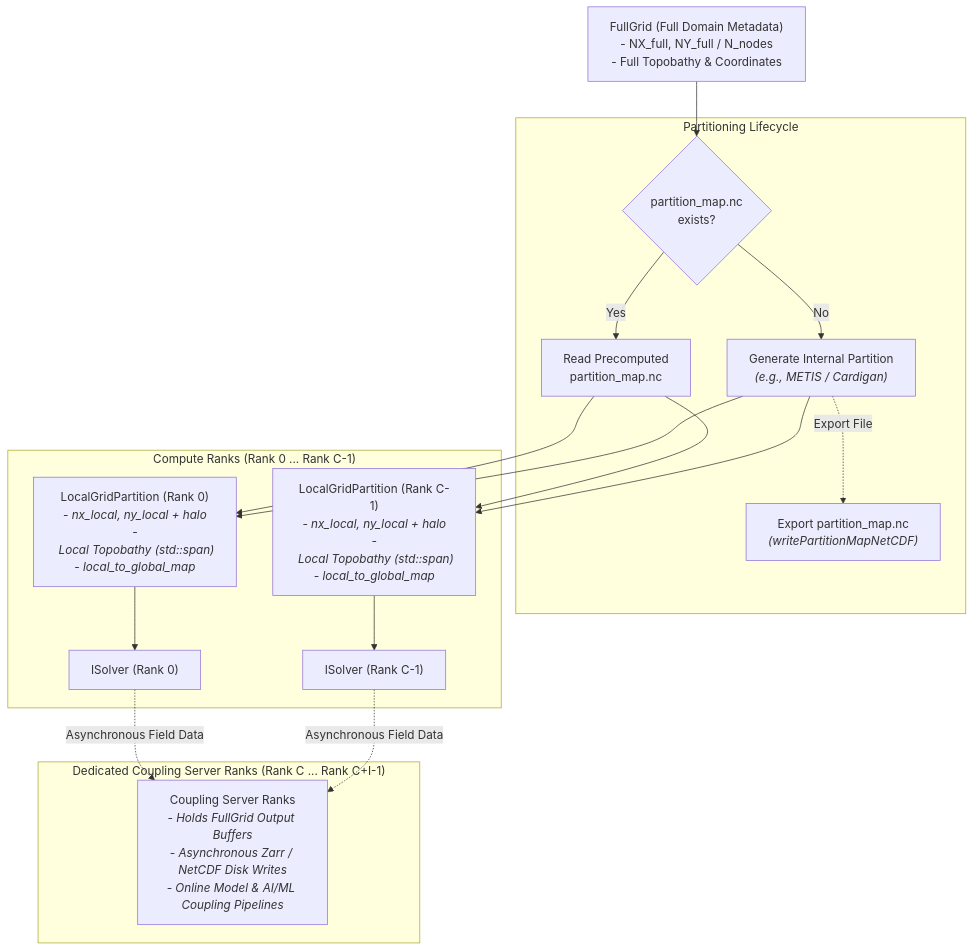
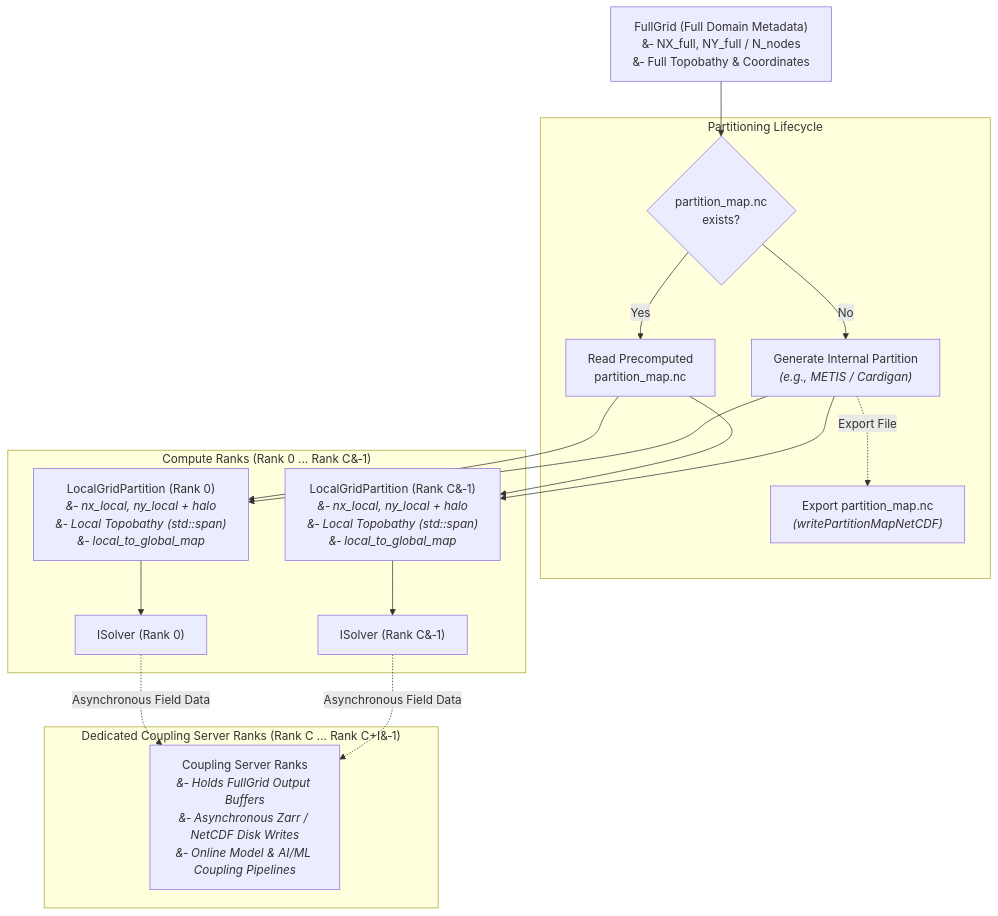
Before and after one commit to HendrikTolman-NOAA/WW4_HLT: the third of 3 diagrams in ASSESSMENT.md, drawn with Mermaid.

Commit message:
docs: use non-breaking hyphens &#8209; in C-1 and lists in assessment Mermaid diagram

````diff
--- a/ASSESSMENT.md
+++ b/ASSESSMENT.md
@@ -208,40 +208,40 @@
 ```mermaid
 graph TD
-    FG["FullGrid&nbsp;(Full&nbsp;Domain&nbsp;Metadata)<br/>-&nbsp;NX_full,&nbsp;NY_full&nbsp;/&nbsp;N_nodes<br/>-&nbsp;Full&nbsp;Topobathy&nbsp;&&nbsp;Coordinates"]
+    FG["FullGrid&nbsp;(Full&nbsp;Domain&nbsp;Metadata)<br/>&#8209;&nbsp;NX_full,&nbsp;NY_full&nbsp;/&nbsp;N_nodes<br/>&#8209;&nbsp;Full&nbsp;Topobathy&nbsp;&&nbsp;Coordinates"]
 
     subgraph PartMap ["Partitioning Lifecycle"]
         PM_CHK{"partition_map.nc<br/>exists?"}
         PM_READ["Read&nbsp;Precomputed<br/>partition_map.nc"]
         PM_GEN["Generate&nbsp;Internal&nbsp;Partition<br/><i>(e.g., METIS / Cardigan)</i>"]
         PM_WRITE["Export partition_map.nc<br/><i>(writePartitionMapNetCDF)</i>"]
 
         PM_CHK -- Yes --> PM_READ
         PM_CHK -- No --> PM_GEN
         PM_GEN -. Export File .-> PM_WRITE
     end
 
     FG --> PM_CHK
 
-    subgraph ComputeRanks ["Compute Ranks (Rank 0 ... Rank C-1)"]
-        LP0["LocalGridPartition&nbsp;(Rank&nbsp;0)<br/><i>-&nbsp;nx_local,&nbsp;ny_local&nbsp;+&nbsp;halo</i><br/><i>-&nbsp;Local&nbsp;Topobathy&nbsp;(std::span)</i><br/><i>-&nbsp;local_to_global_map</i>"]
-        LPC["LocalGridPartition&nbsp;(Rank&nbsp;C-1)<br/><i>-&nbsp;nx_local,&nbsp;ny_local&nbsp;+&nbsp;halo</i><br/><i>-&nbsp;Local&nbsp;Topobathy&nbsp;(std::span)</i><br/><i>-&nbsp;local_to_global_map</i>"]
+    subgraph ComputeRanks ["Compute Ranks (Rank 0 ... Rank C&#8209;1)"]
+        LP0["LocalGridPartition&nbsp;(Rank&nbsp;0)<br/><i>&#8209;&nbsp;nx_local,&nbsp;ny_local&nbsp;+&nbsp;halo</i><br/><i>&#8209;&nbsp;Local&nbsp;Topobathy&nbsp;(std::span)</i><br/><i>&#8209;&nbsp;local_to_global_map</i>"]
+        LPC["LocalGridPartition&nbsp;(Rank&nbsp;C&#8209;1)<br/><i>&#8209;&nbsp;nx_local,&nbsp;ny_local&nbsp;+&nbsp;halo</i><br/><i>&#8209;&nbsp;Local&nbsp;Topobathy&nbsp;(std::span)</i><br/><i>&#8209;&nbsp;local_to_global_map</i>"]
 
         S0["ISolver (Rank 0)"]
-        SC["ISolver (Rank C-1)"]
+        SC["ISolver (Rank C&#8209;1)"]
 
         LP0 --> S0
         LPC --> SC
     end
 
-    subgraph IORanks ["Dedicated Coupling Server Ranks (Rank C ... Rank C+I-1)"]
-        IOR["Coupling Server Ranks<br/><i>- Holds FullGrid Output Buffers</i><br/><i>- Asynchronous Zarr / NetCDF Disk Writes</i><br/><i>- Online Model & AI/ML Coupling Pipelines</i>"]
+    subgraph IORanks ["Dedicated Coupling Server Ranks (Rank C ... Rank C+I&#8209;1)"]
+        IOR["Coupling Server Ranks<br/><i>&#8209;&nbsp;Holds FullGrid Output Buffers</i><br/><i>&#8209;&nbsp;Asynchronous Zarr / NetCDF Disk Writes</i><br/><i>&#8209;&nbsp;Online Model & AI/ML Coupling Pipelines</i>"]
     end
 
     PM_READ --> LP0
     PM_READ --> LPC
     PM_GEN --> LP0
     PM_GEN --> LPC
 
     S0 -. Asynchronous Field Data .-> IOR
     SC -. Asynchronous Field Data .-> IOR
 ```
````
